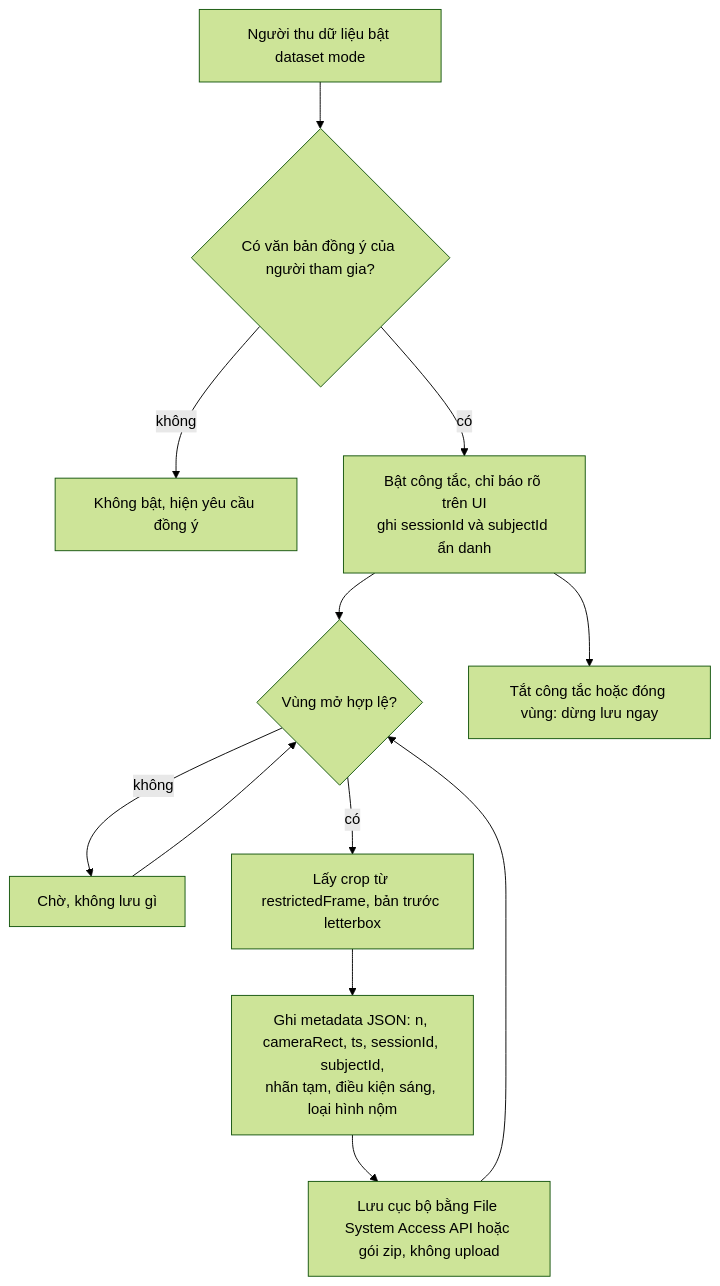
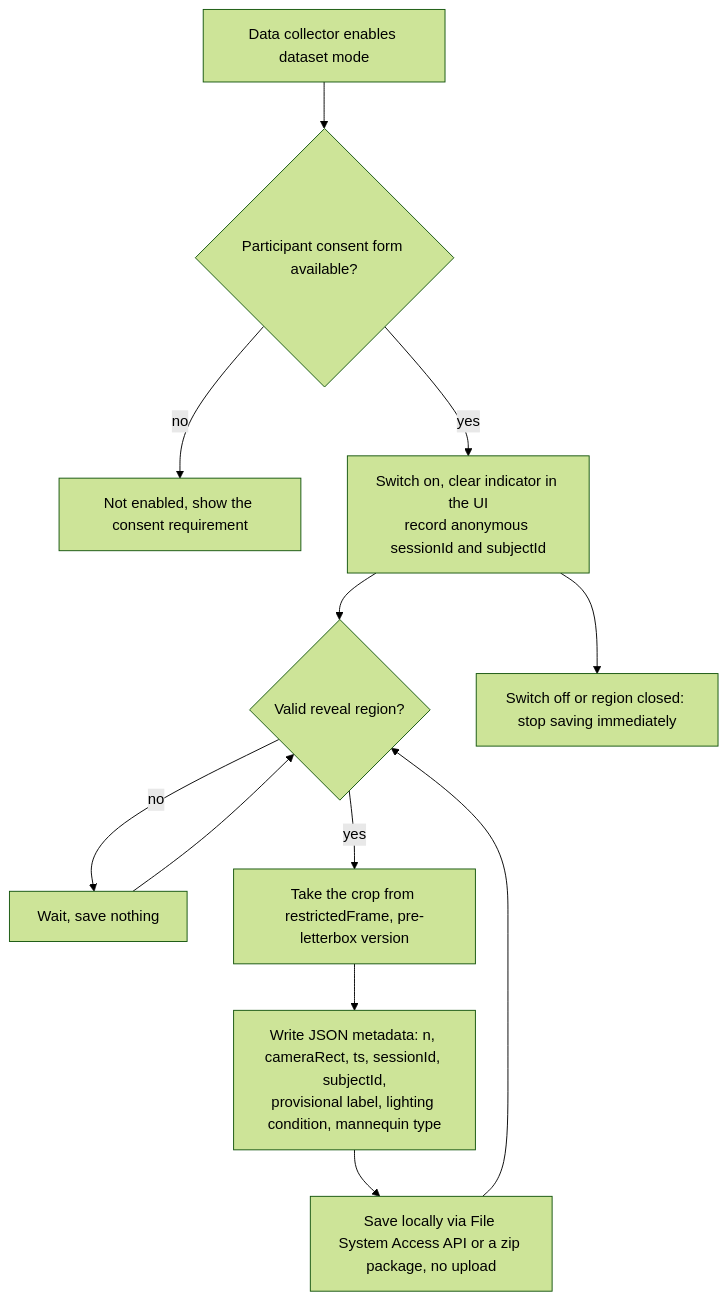
One commit to Lorah101204/Finger_And_Face_Tracking changed diagram 16 of 18 in docs/WORK-BREAKDOWN.md. Above: the diagram before and after it, drawn with Mermaid (forest theme). The commit also changed other lines of this file and 35 other files, not shown here.

````diff
--- a/docs/WORK-BREAKDOWN.md
+++ b/docs/WORK-BREAKDOWN.md
@@ -725,13 +725,13 @@
 ```mermaid
 flowchart TD
-  A["Người thu dữ liệu bật dataset mode"] --> B{"Có văn bản đồng ý của người tham gia?"}
-  B -- không --> STOP["Không bật, hiện yêu cầu đồng ý"]
-  B -- có --> ON["Bật công tắc, chỉ báo rõ trên UI<br/>ghi sessionId và subjectId ẩn danh"]
-  ON --> W{"Vùng mở hợp lệ?"}
-  W -- không --> WAIT["Chờ, không lưu gì"] --> W
-  W -- có --> CAP["Lấy crop từ restrictedFrame, bản trước letterbox"]
-  CAP --> META["Ghi metadata JSON: n, cameraRect, ts, sessionId, subjectId,<br/>nhãn tạm, điều kiện sáng, loại hình nộm"]
-  META --> SAVE["Lưu cục bộ bằng File System Access API hoặc gói zip, không upload"]
+  A["Data collector enables dataset mode"] --> B{"Participant consent form available?"}
+  B -- no --> STOP["Not enabled, show the consent requirement"]
+  B -- yes --> ON["Switch on, clear indicator in the UI<br/>record anonymous sessionId and subjectId"]
+  ON --> W{"Valid reveal region?"}
+  W -- no --> WAIT["Wait, save nothing"] --> W
+  W -- yes --> CAP["Take the crop from restrictedFrame, pre-letterbox version"]
+  CAP --> META["Write JSON metadata: n, cameraRect, ts, sessionId, subjectId,<br/>provisional label, lighting condition, mannequin type"]
+  META --> SAVE["Save locally via File System Access API or a zip package, no upload"]
   SAVE --> W
-  ON --> OFF["Tắt công tắc hoặc đóng vùng: dừng lưu ngay"]
+  ON --> OFF["Switch off or region closed: stop saving immediately"]
 ```
````
